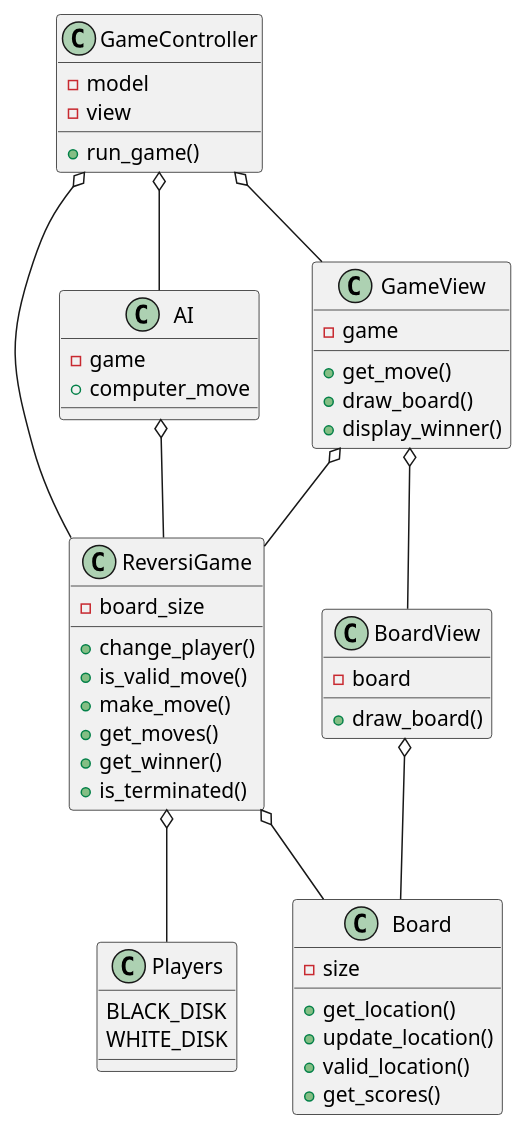
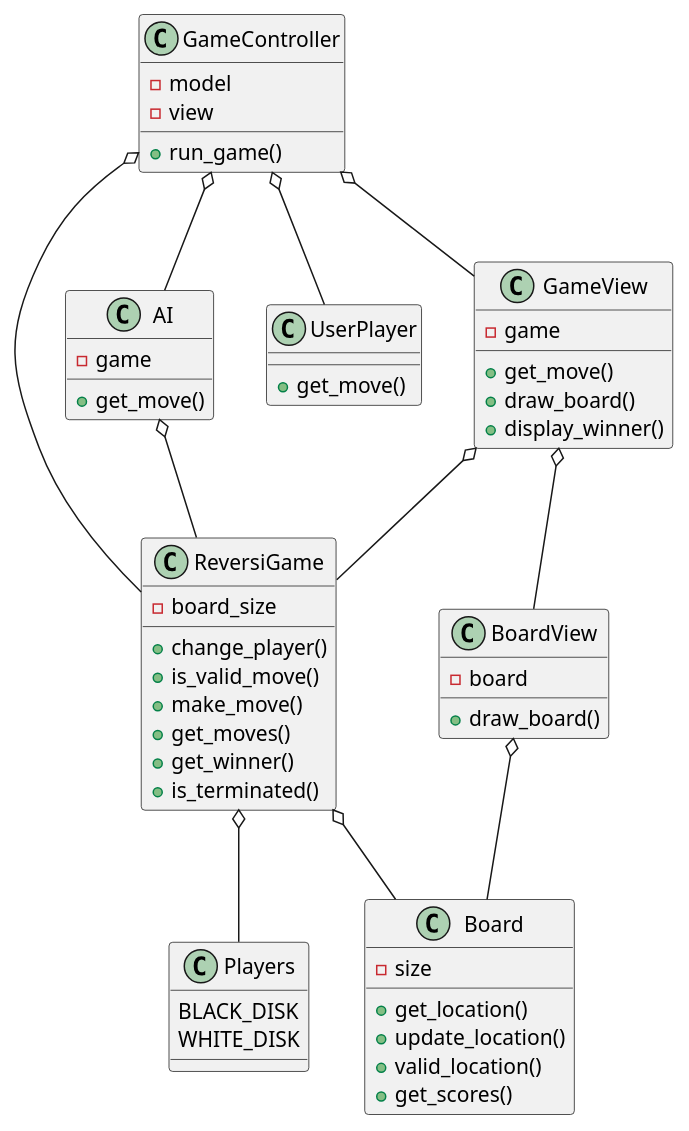
One commit to lian-david/Reversi changed the diagram in reversi project/reversi_UML.puml. Above: the diagram before and after it, drawn with PlantUML. The commit also changed 1 other file, not shown here.

```diff
--- a/reversi project/reversi_UML.puml
+++ b/reversi project/reversi_UML.puml
@@ -1,59 +1,64 @@
 @startuml Reversi
 
 class ReversiGame{
     -board_size
     +change_player()
     +is_valid_move()
     +make_move()
     +get_moves()
     +get_winner()
     +is_terminated()
 }
 
 class Board{
     -size
     +get_location()
     +update_location()
     +valid_location()
     +get_scores()
 }
 
 class Players{
     BLACK_DISK
     WHITE_DISK
 }
 
 class AI{
     -game 
-    +computer_move
+    +get_move()
+}
+
+class UserPlayer{
+    +get_move()
 }
 
 class GameView{
     -game
     +get_move()
     +draw_board()
     +display_winner()
 }
 
 class BoardView{
     -board
     +draw_board()
 }
 
 class GameController{
     -model
     -view
     +run_game()
 }
 
 GameController o-- ReversiGame
 ReversiGame o-- Board
 ReversiGame o-- Players
 BoardView o-- Board
 GameView o-- BoardView
 GameView o-- ReversiGame
 GameController o-- GameView
 AI o-- ReversiGame
 GameController o-- AI 
+GameController o-- UserPlayer
 
 @enduml 
```
